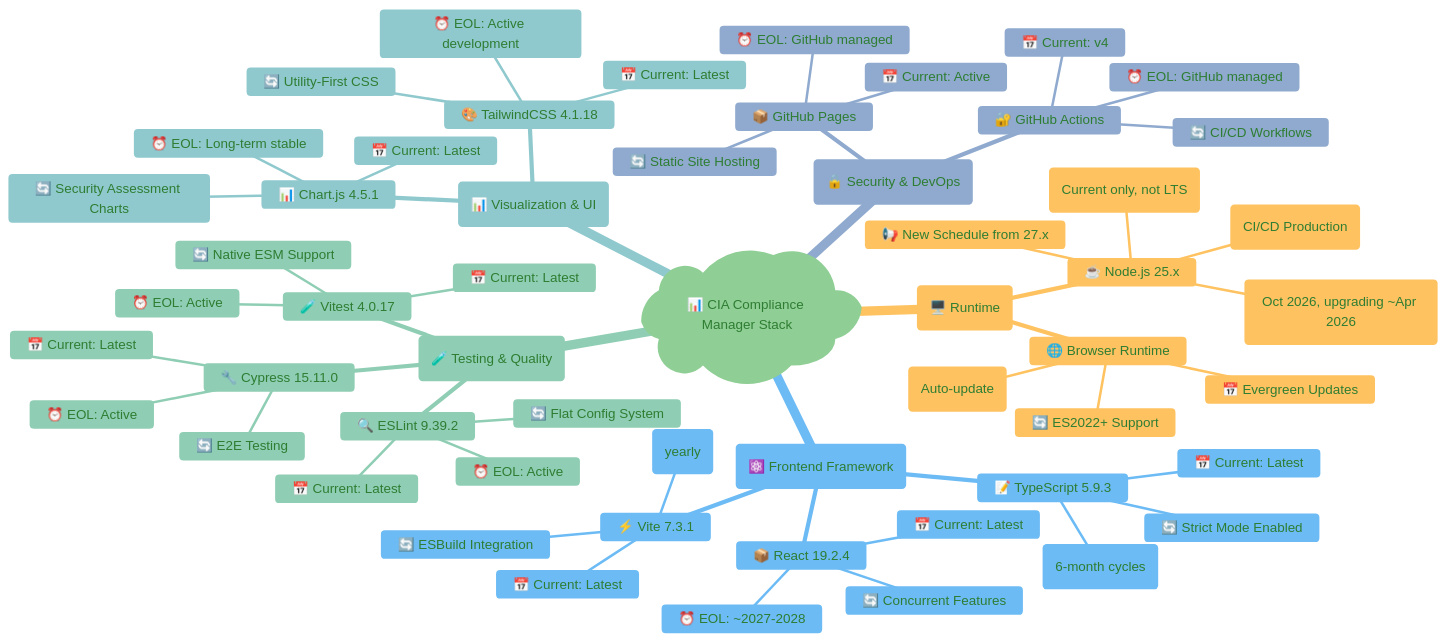
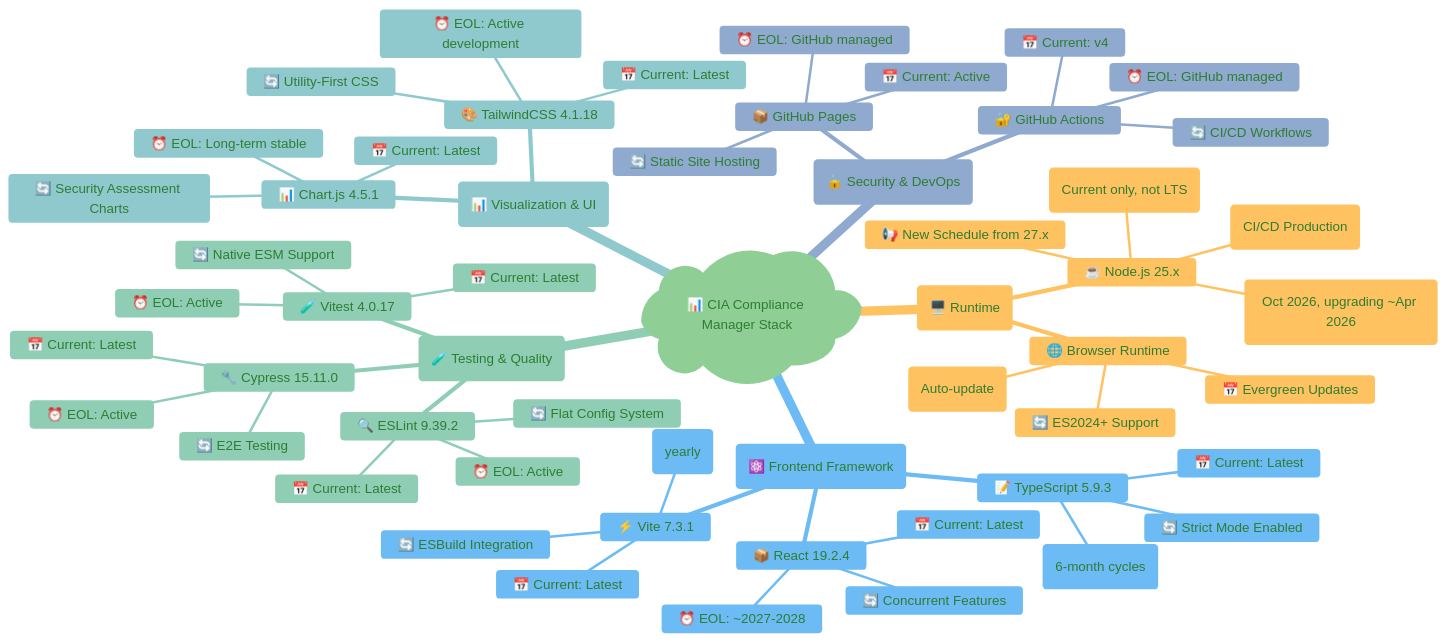
The first of 9 diagrams in docs/End-of-Life-Strategy.md (Hack23/cia-compliance-manager), drawn with Mermaid before and after one commit. The commit also changed other lines of this file and 4 other files, not shown here.

````diff
--- a/docs/End-of-Life-Strategy.md
+++ b/docs/End-of-Life-Strategy.md
@@ -51,70 +51,70 @@
 ```mermaid
 %%{
   init: {
     'theme': 'base',
     'themeVariables': {
       'primaryColor': '#e8f5e9',
       'primaryTextColor': '#2e7d32',
       'lineColor': '#4caf50',
       'secondaryColor': '#fff3e0',
       'tertiaryColor': '#e3f2fd'
     }
   }
 }%%
 mindmap
   root)📊 CIA Compliance Manager Stack(
     (🖥️ Runtime)
       ☕ Node.js 25.x
         📅 Current: 25.x (CI/CD Production)
         ⏰ Node 25 EOL: Apr 2026 (Current only, not LTS)
         🔄 Next LTS: Node 26 (Oct 2026, upgrading ~Apr 2026)
         📢 New Schedule from 27.x
       🌐 Browser Runtime
         📅 Evergreen Updates
         ⏰ EOL: N/A (Auto-update)
-        🔄 ES2022+ Support
+        🔄 ES2024+ Support
     (⚛️ Frontend Framework)
       📦 React 19.2.4
         📅 Current: Latest
         ⏰ EOL: ~2027-2028
         🔄 Concurrent Features
       📝 TypeScript 5.9.3
         📅 Current: Latest
         ⏰ EOL: Active (6-month cycles)
         🔄 Strict Mode Enabled
       ⚡ Vite 7.3.1
         📅 Current: Latest
         ⏰ EOL: Active (yearly)
         🔄 ESBuild Integration
     (🧪 Testing & Quality)
       🧪 Vitest 4.0.17
         📅 Current: Latest
         ⏰ EOL: Active
         🔄 Native ESM Support
       🔧 Cypress 15.11.0
         📅 Current: Latest
         ⏰ EOL: Active
         🔄 E2E Testing
       🔍 ESLint 9.39.2
         📅 Current: Latest
         ⏰ EOL: Active
         🔄 Flat Config System
     (📊 Visualization & UI)
       📊 Chart.js 4.5.1
         📅 Current: Latest
         ⏰ EOL: Long-term stable
         🔄 Security Assessment Charts
       🎨 TailwindCSS 4.1.18
         📅 Current: Latest
         ⏰ EOL: Active development
         🔄 Utility-First CSS
     (🔒 Security & DevOps)
       🔐 GitHub Actions
         📅 Current: v4
         ⏰ EOL: GitHub managed
         🔄 CI/CD Workflows
       📦 GitHub Pages
         📅 Current: Active
         ⏰ EOL: GitHub managed
         🔄 Static Site Hosting
 ```
````
